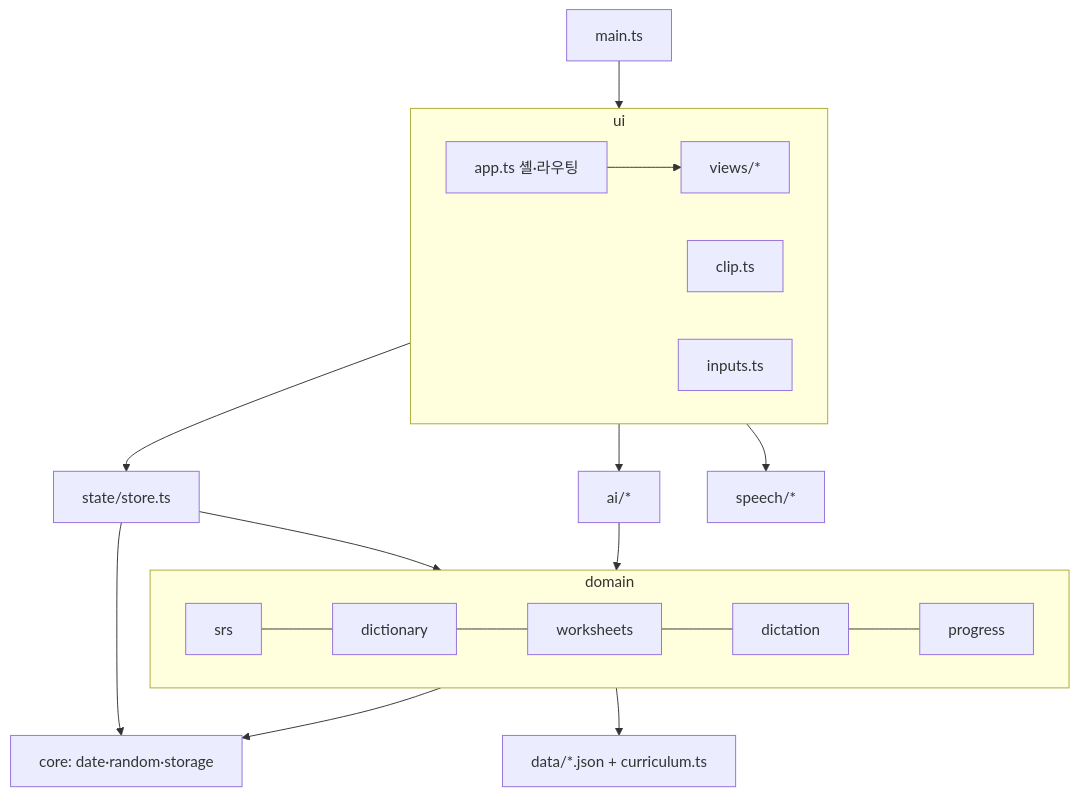
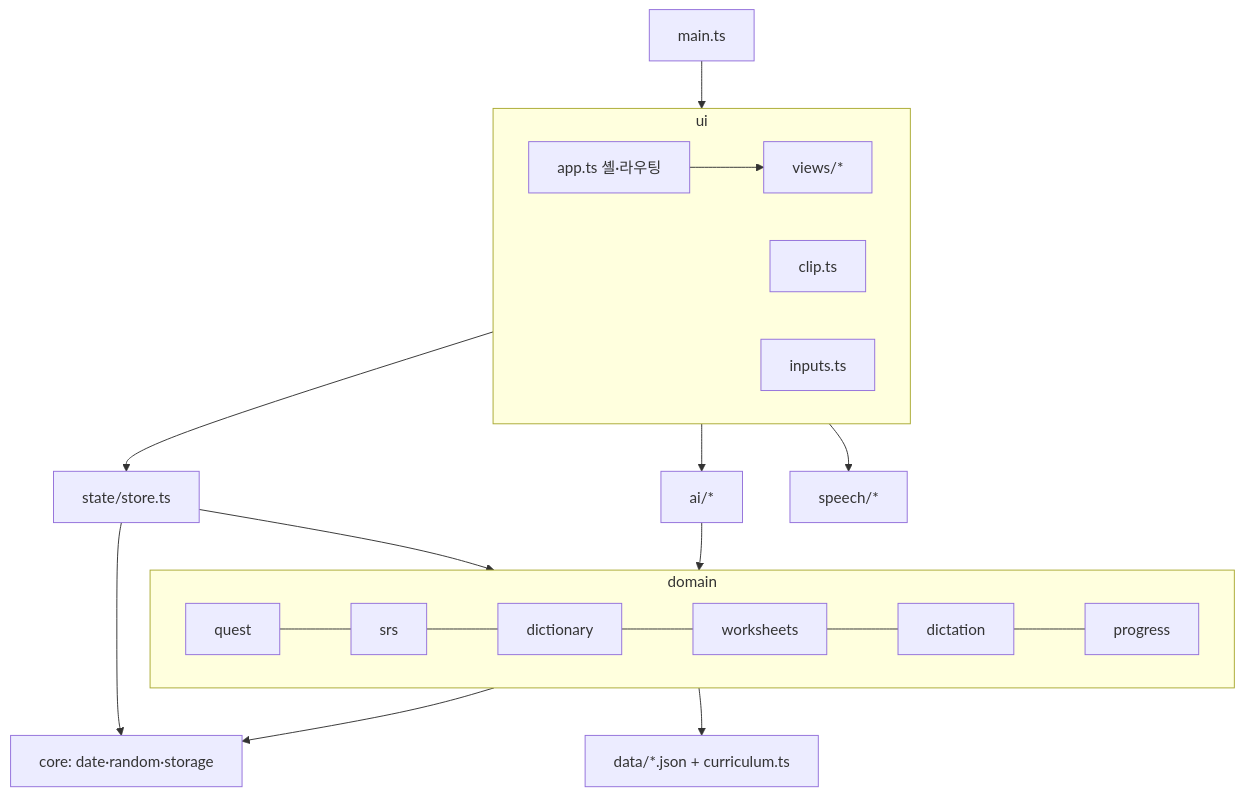
The first of 2 diagrams in docs/ARCHITECTURE.md (penkim95-cmd/english-year), drawn with Mermaid before and after one commit. The commit also changed other lines of this file and 22 other files, not shown here.

````diff
--- a/docs/ARCHITECTURE.md
+++ b/docs/ARCHITECTURE.md
@@ -18,20 +18,20 @@
 ```mermaid
 flowchart TD
   main[main.ts] --> ui
   subgraph ui[ui]
     app[app.ts 셸·라우팅] --> views[views/*]
     clip[clip.ts]
     inputs[inputs.ts]
   end
   ui --> state[state/store.ts]
   ui --> ai[ai/*]
   ui --> speech[speech/*]
   state --> domain
   ai --> domain
   subgraph domain[domain]
-    srs[srs] --- dictionary[dictionary] --- worksheets[worksheets] --- dictation[dictation] --- progress[progress]
+    quest[quest] --- srs[srs] --- dictionary[dictionary] --- worksheets[worksheets] --- dictation[dictation] --- progress[progress]
   end
   domain --> data[data/*.json + curriculum.ts]
   domain --> core[core: date·random·storage]
   state --> core
 ```
````
